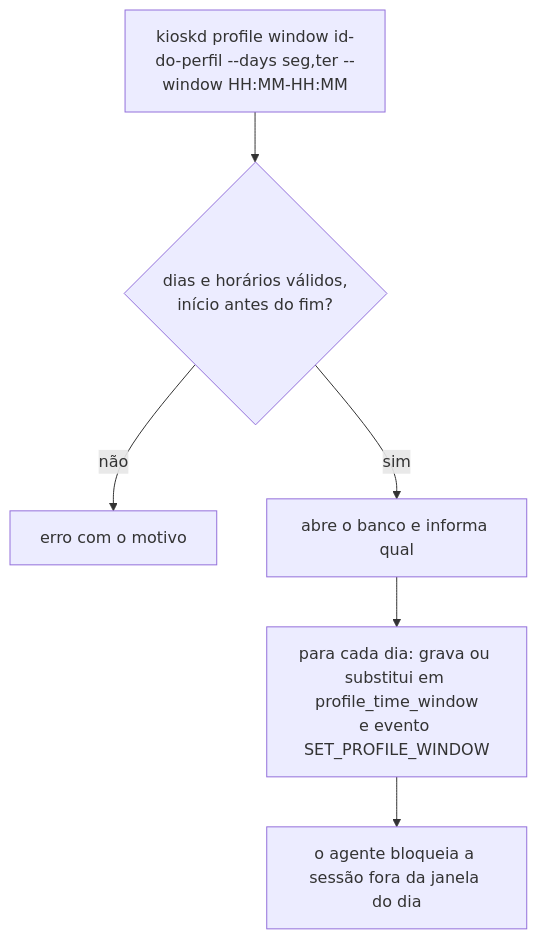
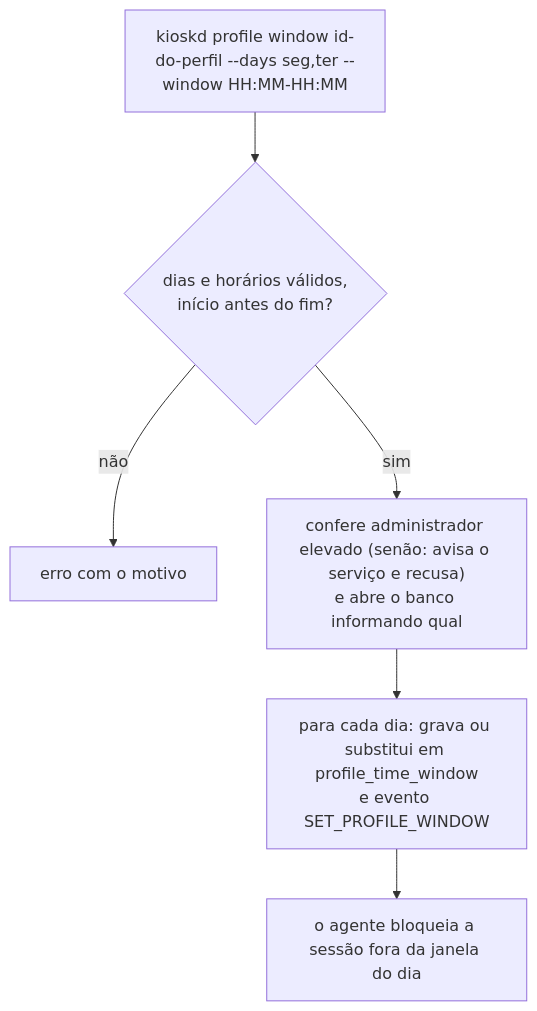
Before and after one commit to jefersonlop3s/kiosk-engine: the tenth of 28 diagrams in docs/architecture/fluxos-dos-comandos.md, drawn with Mermaid. The commit also changed other lines of this file and 22 other files, not shown here.

````diff
--- a/docs/architecture/fluxos-dos-comandos.md
+++ b/docs/architecture/fluxos-dos-comandos.md
@@ -171,8 +173,8 @@
 ```mermaid
 flowchart TD
     A["kioskd profile window id-do-perfil --days seg,ter --window HH:MM-HH:MM"] --> B{"dias e horários válidos,<br/>início antes do fim?"}
     B -->|não| E1["erro com o motivo"]
-    B -->|sim| C["abre o banco e informa qual"]
+    B -->|sim| C["confere administrador elevado (senão: avisa o serviço e recusa)<br/>e abre o banco informando qual"]
     C --> D["para cada dia: grava ou substitui em profile_time_window<br/>e evento SET_PROFILE_WINDOW"]
     D --> F["o agente bloqueia a sessão fora da janela do dia"]
 ```
````
